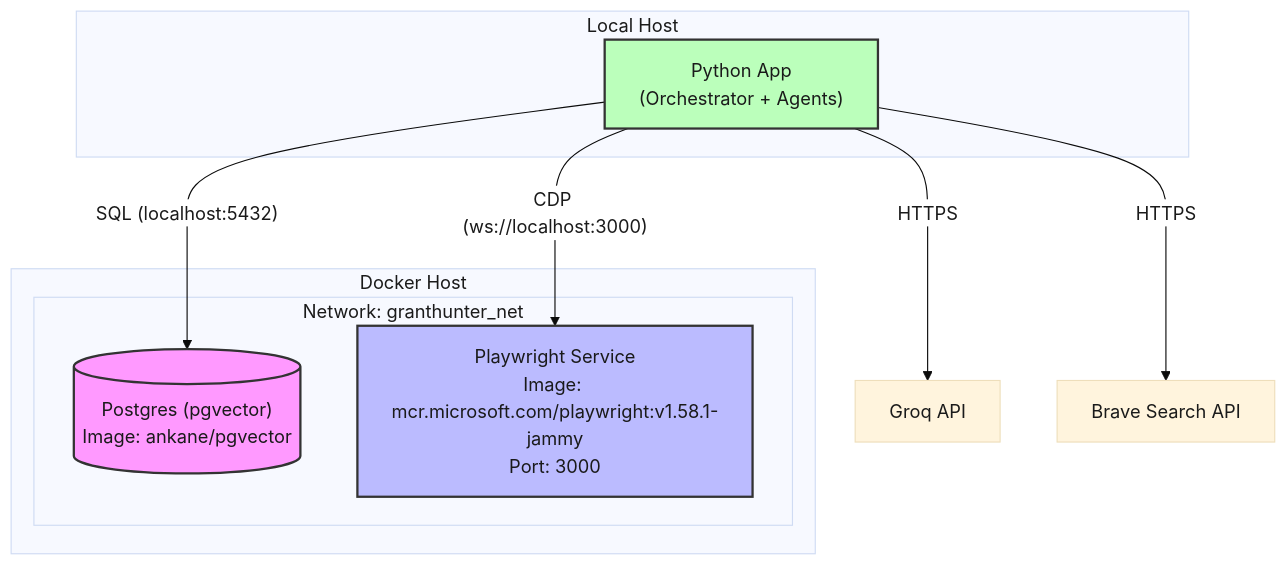
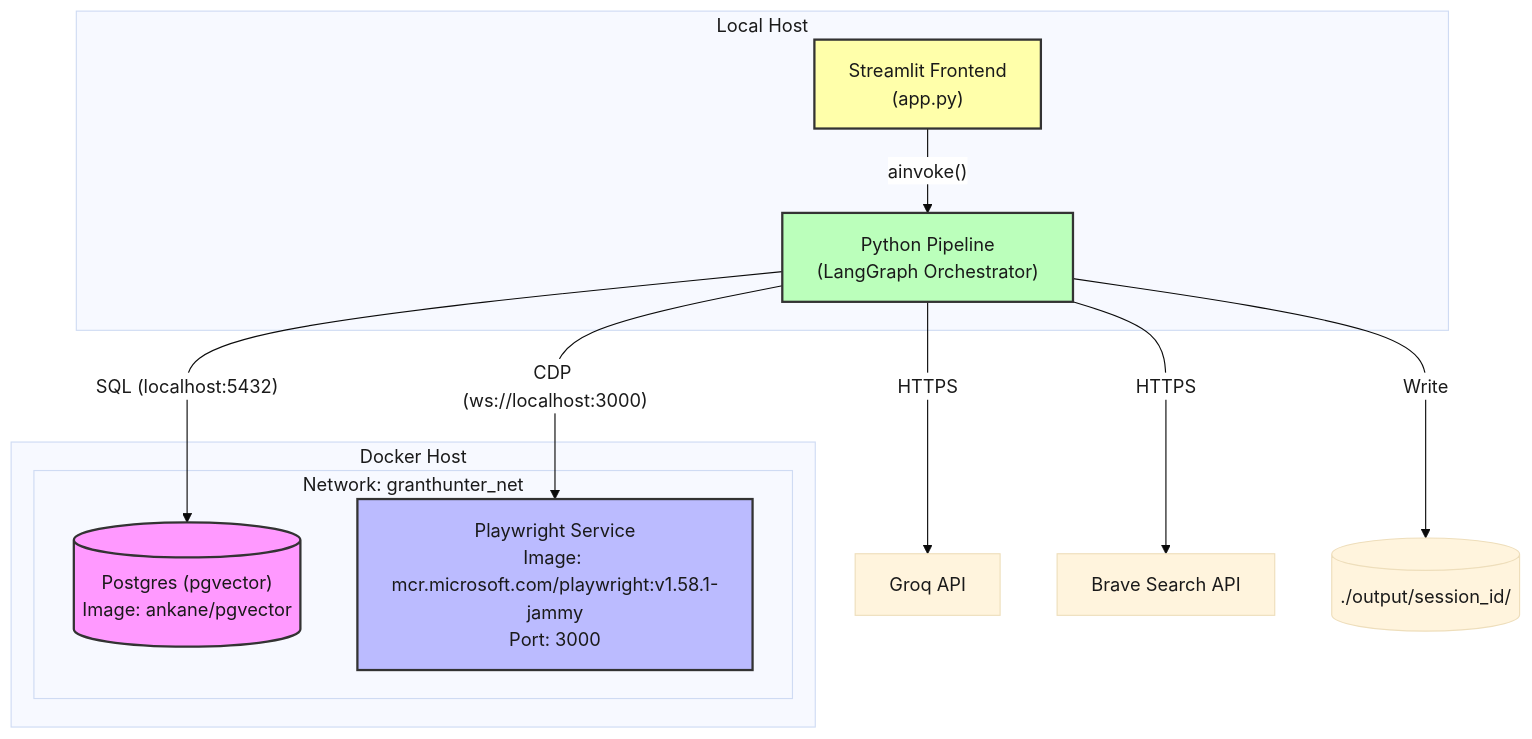
One commit to Arbues/GrantHunter-AI changed the fifth of 5 diagrams in ARCHITECTURE.md. Above: the diagram before and after it, drawn with Mermaid. The commit also changed other lines of this file and 16 other files, not shown here.

Commit message:
feat: frontend mvp, spanish ai, output persistence and updated docs

````diff
--- a/ARCHITECTURE.md
+++ b/ARCHITECTURE.md
@@ -195,23 +217,27 @@
 ```mermaid
 %%{init: {'theme':'base', 'themeVariables': {'primaryTextColor':'#1a1a1a','secondaryTextColor':'#1a1a1a','tertiaryTextColor':'#1a1a1a','edgeLabelBackground':'#ffffff'}}}%%
 graph TD
     subgraph "Docker Host"
         subgraph "Network: granthunter_net"
             DB[("Postgres (pgvector)\nImage: ankane/pgvector")]
             Browser["Playwright Service\nImage: mcr.microsoft.com/playwright:v1.58.1-jammy\nPort: 3000"]
         end
     end
 
     subgraph "Local Host"
-        App["Python App\n(Orchestrator + Agents)"]
+        App["Python Pipeline\n(LangGraph Orchestrator)"]
+        UI["Streamlit Frontend\n(app.py)"]
     end
 
+    UI -- "ainvoke()" --> App
     App -- "CDP (ws://localhost:3000)" --> Browser
     App -- "SQL (localhost:5432)" --> DB
     App -- "HTTPS" --> Groq_API[Groq API]
     App -- "HTTPS" --> Brave_API[Brave Search API]
+    App -- "Write" --> Output[("./output/session_id/")]
 
     style DB fill:#f9f,stroke:#333,stroke-width:2px
     style Browser fill:#bbf,stroke:#333,stroke-width:2px
     style App fill:#bfb,stroke:#333,stroke-width:2px
+    style UI fill:#ffa,stroke:#333,stroke-width:2px
 ```
````
